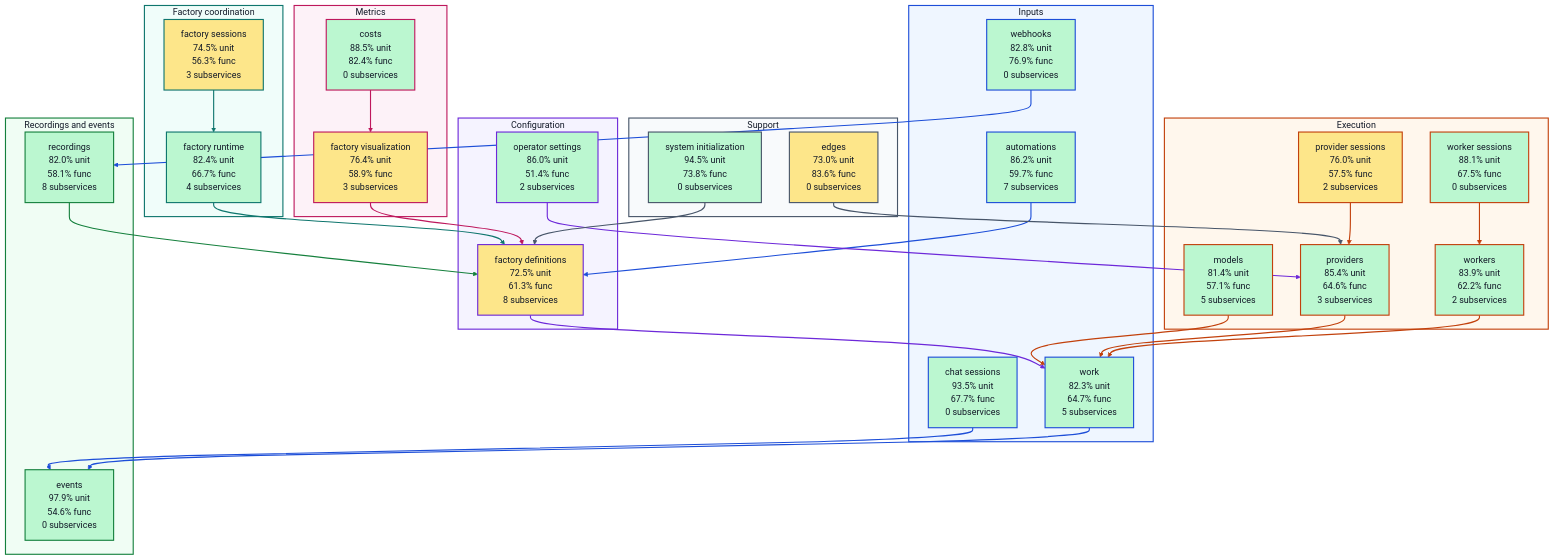
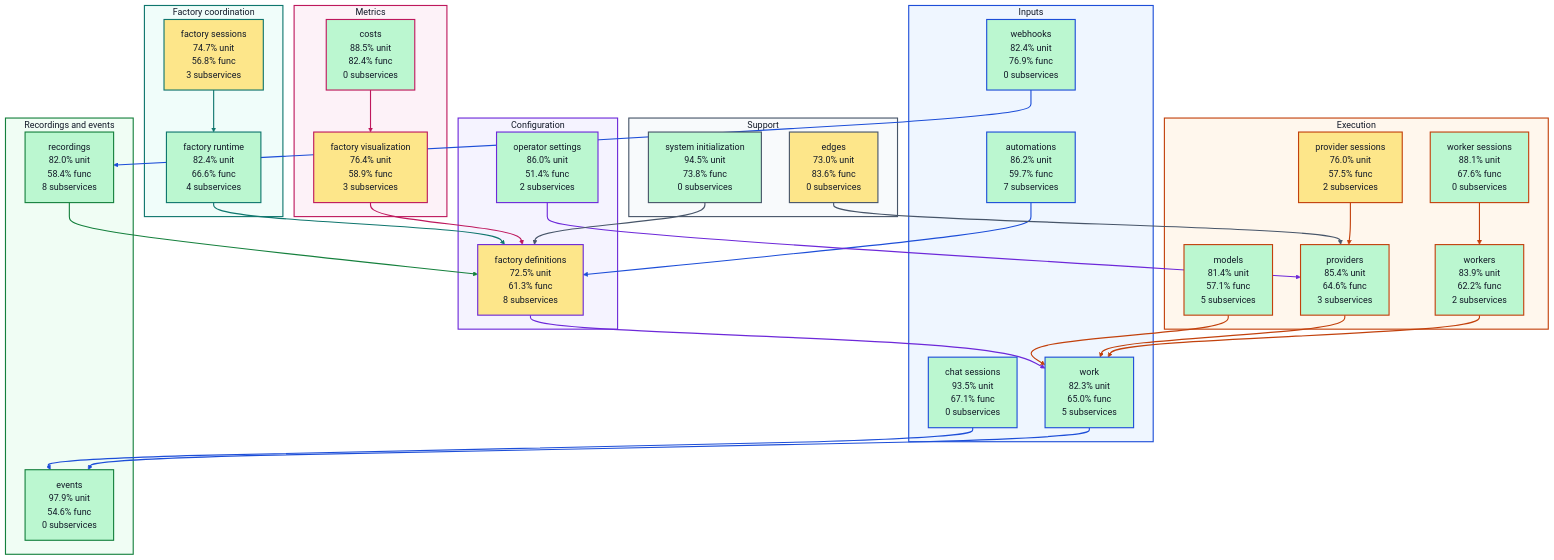
Before and after one commit to portpowered/you-agent-factory: the diagram in docs/architecture/visualizations/high-level-test-coverage.md, drawn with Mermaid (forest theme). The commit also changed other lines of this file and 20 other files, not shown here.

Commit message:
docs: refresh backend architecture visualizations

```diff
--- a/docs/architecture/visualizations/high-level-test-coverage.md
+++ b/docs/architecture/visualizations/high-level-test-coverage.md
@@ -12,28 +12,28 @@
 flowchart TB
   subgraph input["Inputs"]
     s_services_automations["automations<br/>86.2% unit<br/>59.7% func<br/>7 subservices"]
-    s_services_chat_sessions["chat sessions<br/>93.5% unit<br/>67.7% func<br/>0 subservices"]
-    s_services_webhooks["webhooks<br/>82.8% unit<br/>76.9% func<br/>0 subservices"]
-    s_services_work["work<br/>82.3% unit<br/>64.7% func<br/>5 subservices"]
+    s_services_chat_sessions["chat sessions<br/>93.5% unit<br/>67.1% func<br/>0 subservices"]
+    s_services_webhooks["webhooks<br/>82.4% unit<br/>76.9% func<br/>0 subservices"]
+    s_services_work["work<br/>82.3% unit<br/>65.0% func<br/>5 subservices"]
   end
   subgraph configuration["Configuration"]
     s_services_factory_definitions["factory definitions<br/>72.5% unit<br/>61.3% func<br/>8 subservices"]
     s_services_operator_settings["operator settings<br/>86.0% unit<br/>51.4% func<br/>2 subservices"]
   end
   subgraph coordination["Factory coordination"]
-    s_services_factory_runtime["factory runtime<br/>82.4% unit<br/>66.7% func<br/>4 subservices"]
-    s_services_factory_sessions["factory sessions<br/>74.5% unit<br/>56.3% func<br/>3 subservices"]
+    s_services_factory_runtime["factory runtime<br/>82.4% unit<br/>66.6% func<br/>4 subservices"]
+    s_services_factory_sessions["factory sessions<br/>74.7% unit<br/>56.8% func<br/>3 subservices"]
   end
   subgraph execution["Execution"]
     s_services_models["models<br/>81.4% unit<br/>57.1% func<br/>5 subservices"]
     s_services_provider_sessions["provider sessions<br/>76.0% unit<br/>57.5% func<br/>2 subservices"]
     s_services_providers["providers<br/>85.4% unit<br/>64.6% func<br/>3 subservices"]
-    s_services_worker_sessions["worker sessions<br/>88.1% unit<br/>67.5% func<br/>0 subservices"]
+    s_services_worker_sessions["worker sessions<br/>88.1% unit<br/>67.6% func<br/>0 subservices"]
     s_services_workers["workers<br/>83.9% unit<br/>62.2% func<br/>2 subservices"]
   end
   subgraph recordings["Recordings and events"]
     s_services_events["events<br/>97.9% unit<br/>54.6% func<br/>0 subservices"]
-    s_services_recordings["recordings<br/>82.0% unit<br/>58.1% func<br/>8 subservices"]
+    s_services_recordings["recordings<br/>82.0% unit<br/>58.4% func<br/>8 subservices"]
   end
   subgraph metrics["Metrics"]
     s_services_costs["costs<br/>88.5% unit<br/>82.4% func<br/>0 subservices"]
```
